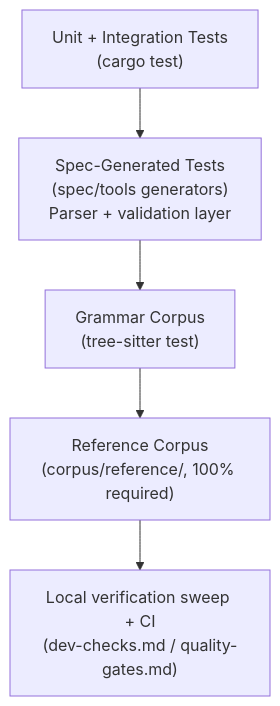
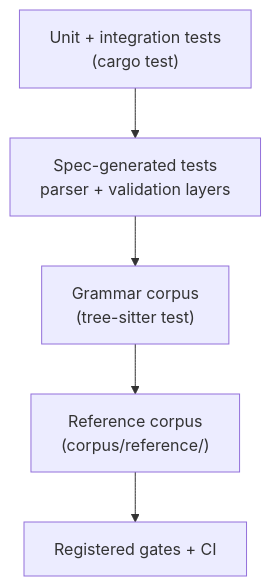
The second of 2 diagrams in book/src/contributing/testing.md (TalkBank/chatter), drawn with Mermaid before and after one commit. The commit also changed other lines of this file and 414 other files, not shown here.

````diff
--- a/book/src/contributing/testing.md
+++ b/book/src/contributing/testing.md
@@ -56,10 +120,10 @@
 ```mermaid
 flowchart TD
-    unit["Unit + Integration Tests\n(cargo test)"]
-    specgen["Spec-Generated Tests\n(spec/tools generators)\nParser + validation layer"]
-    grammar["Grammar Corpus\n(tree-sitter test)"]
-    ref["Reference Corpus\n(corpus/reference/, 100% required)"]
-    gates["Local verification sweep + CI\n(dev-checks.md / quality-gates.md)"]
+    unit["Unit + integration tests\n(cargo test)"]
+    specgen["Spec-generated tests\nparser + validation layers"]
+    grammar["Grammar corpus\n(tree-sitter test)"]
+    ref["Reference corpus\n(corpus/reference/)"]
+    gates["Registered gates + CI"]
 
     unit --> specgen --> grammar --> ref --> gates
 ```
````
